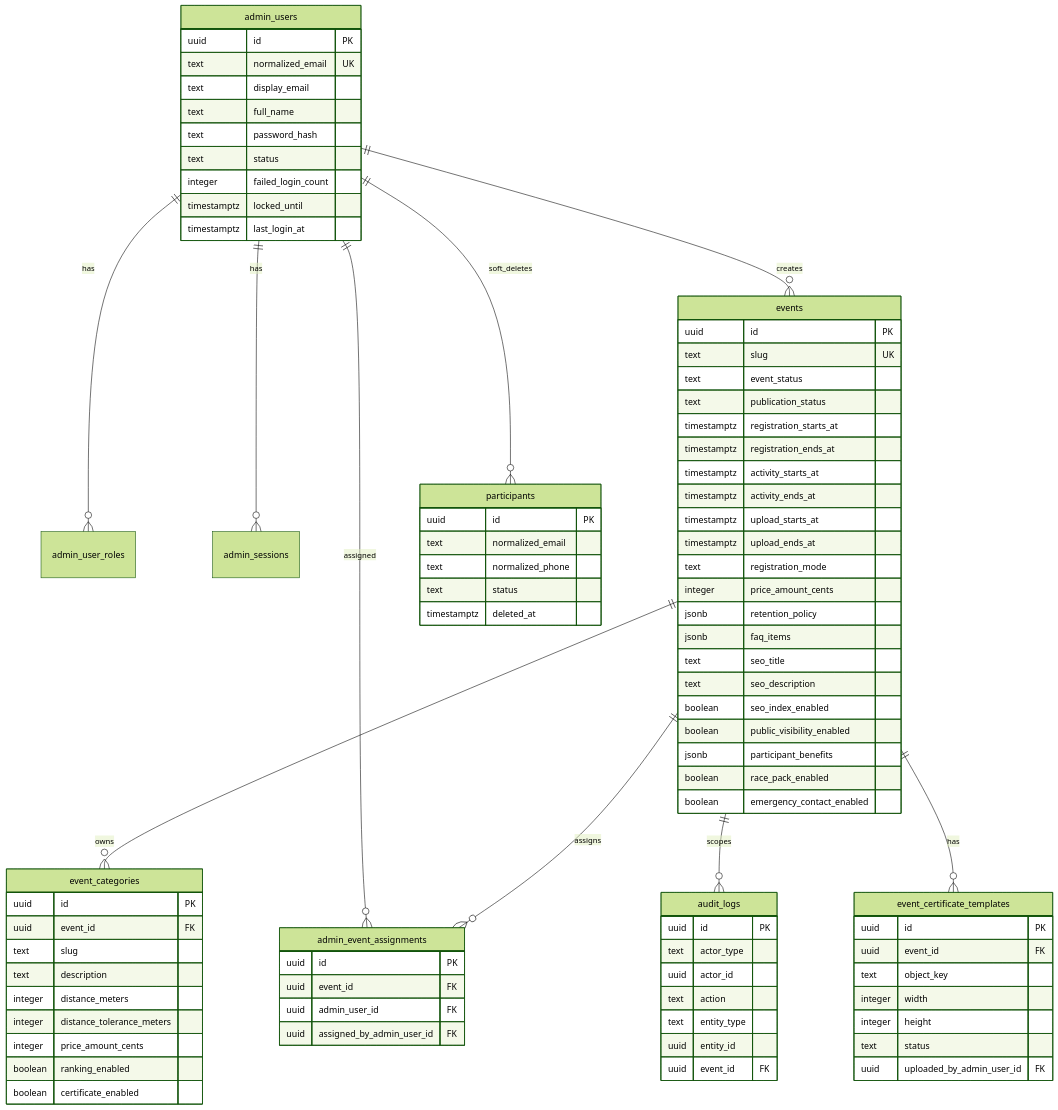
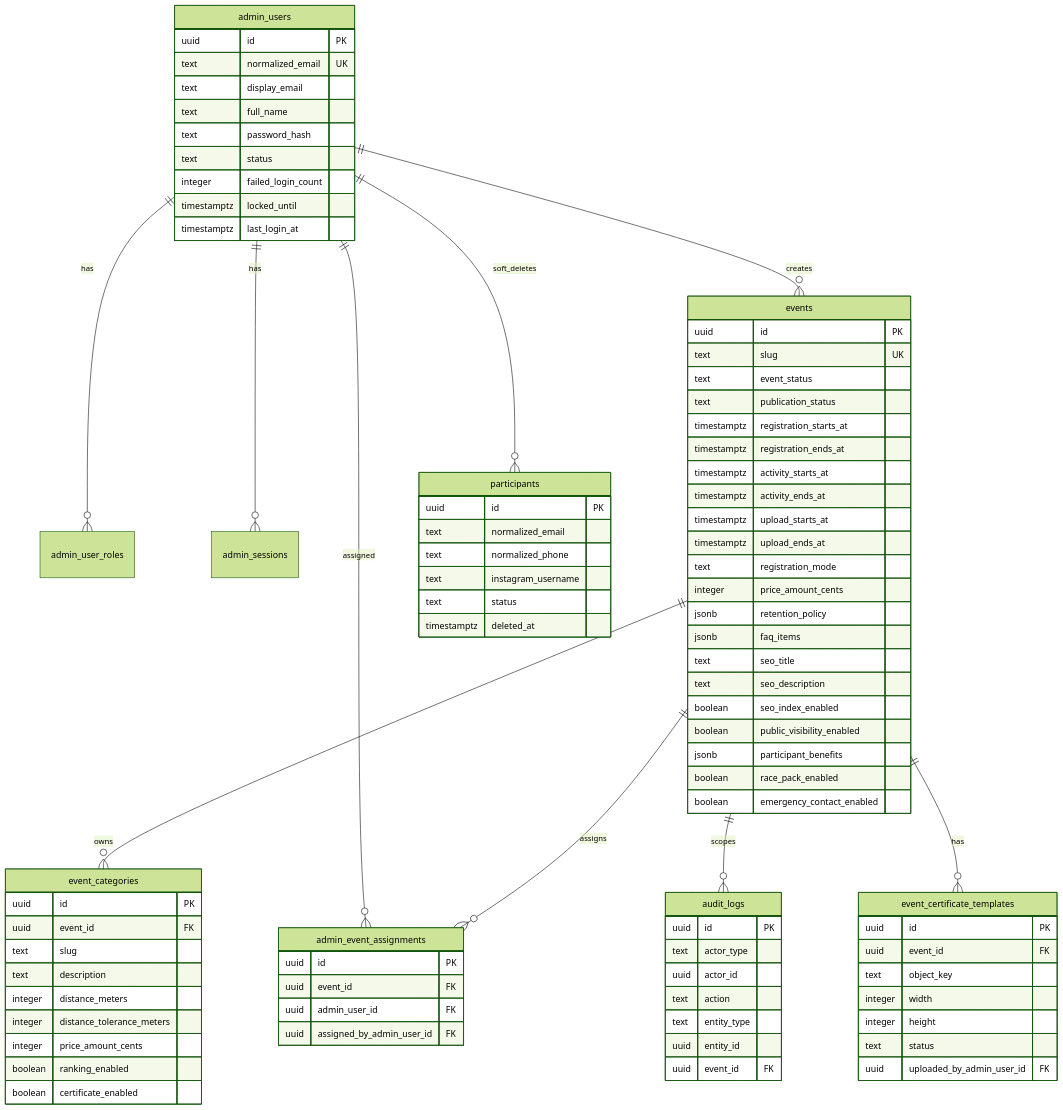
The first of 2 diagrams in docs/DATABASE.md (Ferdiany19/VirtualRun-beard), drawn with Mermaid (forest theme) before and after one commit. The commit also changed other lines of this file and 54 other files, not shown here.

```diff
--- a/docs/DATABASE.md
+++ b/docs/DATABASE.md
@@ -108,6 +111,7 @@
     uuid id PK
     text normalized_email
     text normalized_phone
+    text instagram_username
     text status
     timestamptz deleted_at
   }
```
